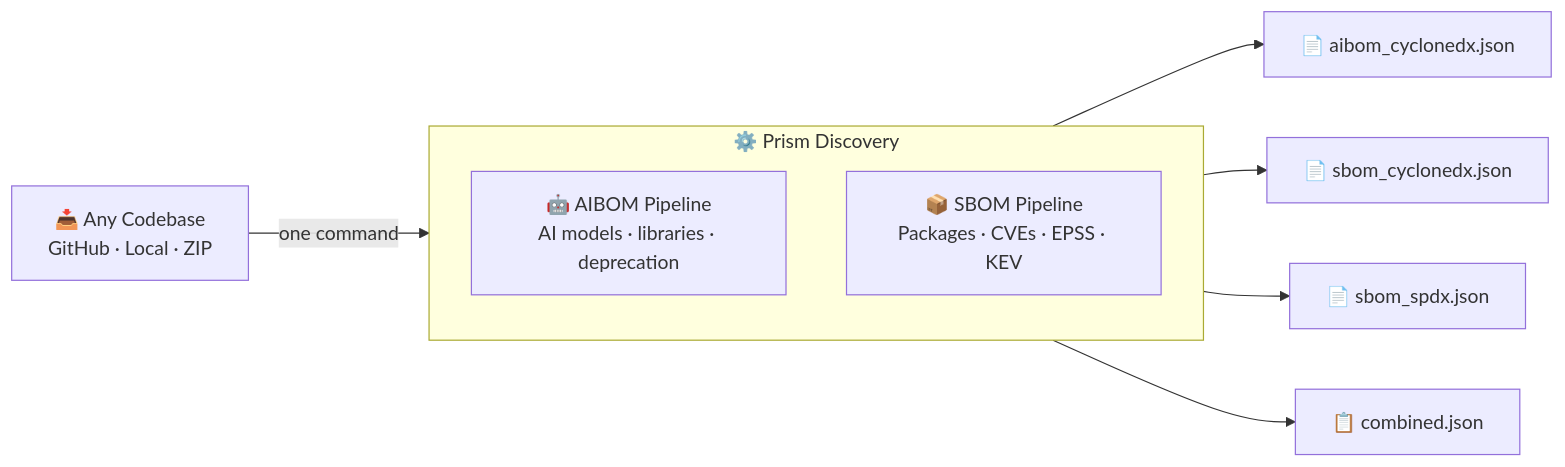
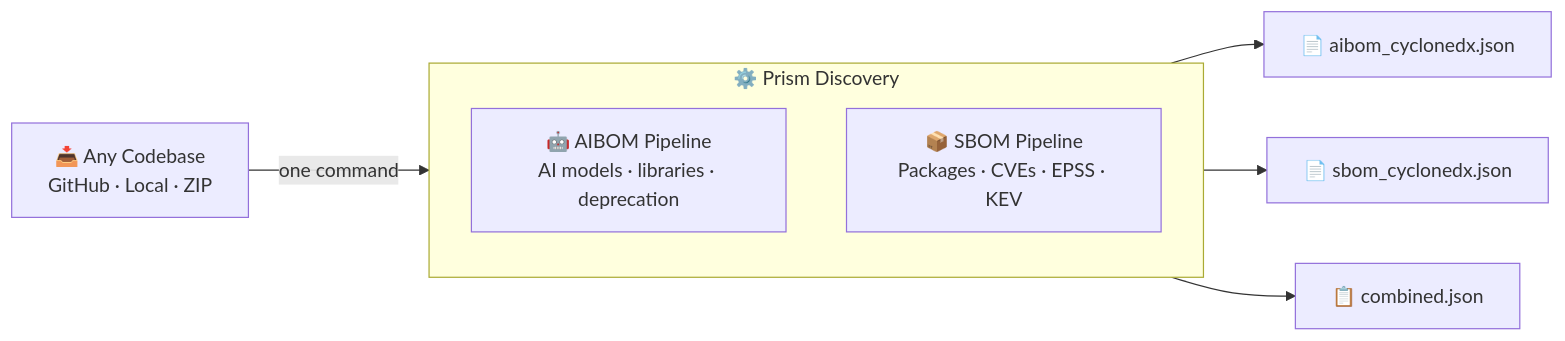
One commit to SISAReshma/Prism_Discovery changed the first of 3 diagrams in README.md. Above: the diagram before and after it, drawn with Mermaid. The commit also changed other lines of this file, not shown here.

````diff
--- a/README.md
+++ b/README.md
@@ -66,16 +46,15 @@
 ```mermaid
 flowchart LR
     IN["📥 Any Codebase\nGitHub · Local · ZIP"]
 
     IN -->|one command| PD
 
     subgraph PD ["⚙️ Prism Discovery"]
         AI["🤖 AIBOM Pipeline\nAI models · libraries · deprecation"]
         SB["📦 SBOM Pipeline\nPackages · CVEs · EPSS · KEV"]
     end
 
     PD --> R1["📄 aibom_cyclonedx.json"]
     PD --> R2["📄 sbom_cyclonedx.json"]
-    PD --> R3["📄 sbom_spdx.json"]
     PD --> R4["📋 combined.json"]
 ```
````
